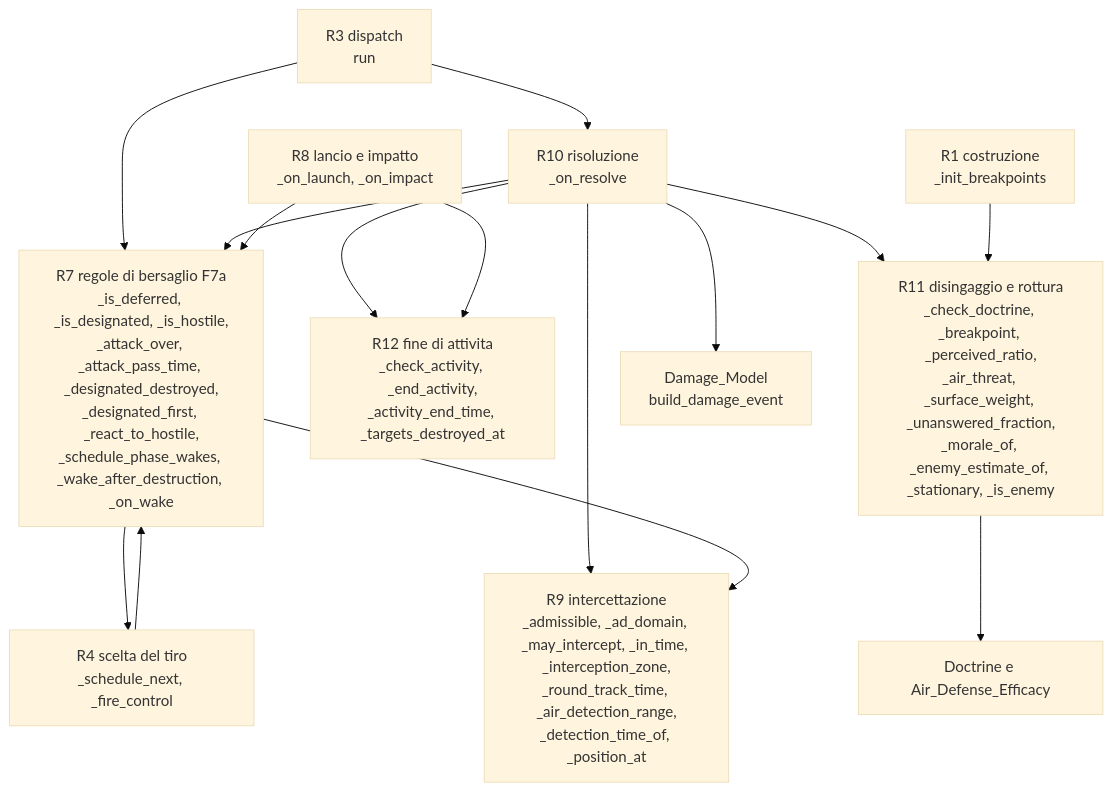
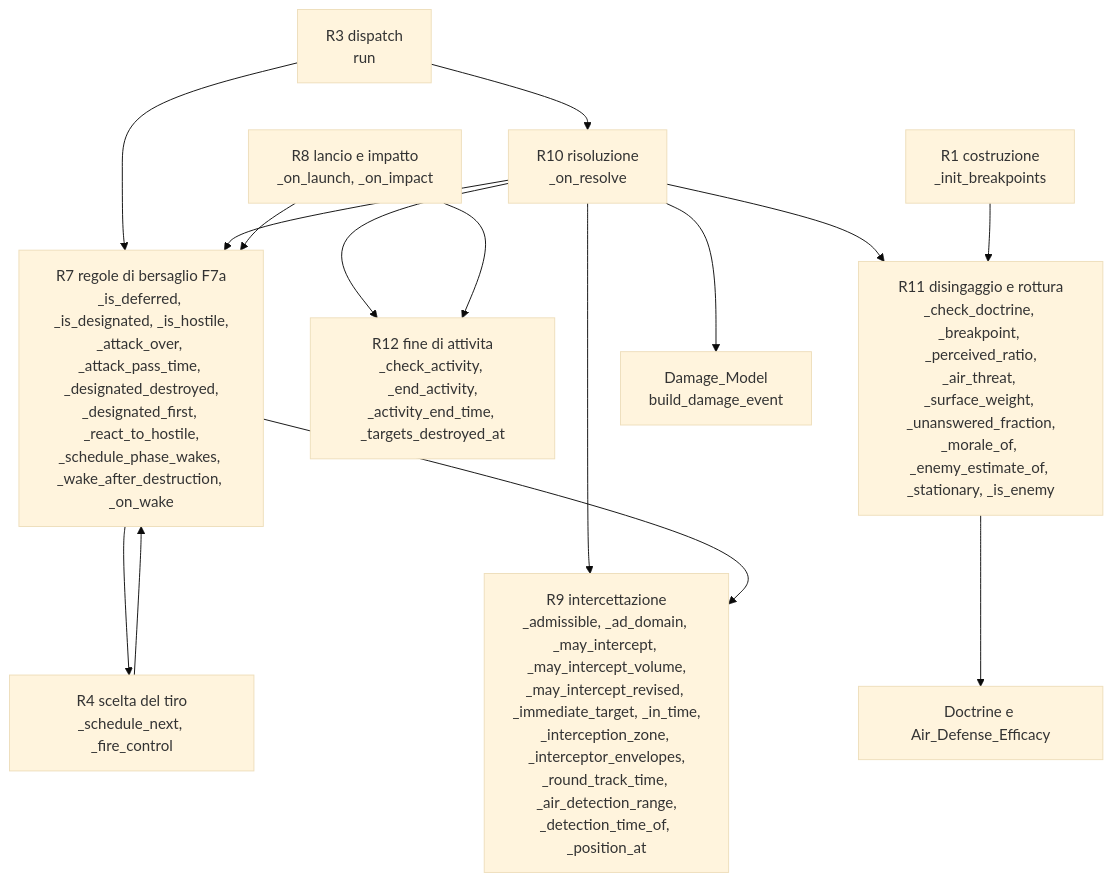
Before and after one commit to MakusIV/Warfare-Model: diagram 14 of 22 in Analysis/Document/Manuale_Motore_DES/11a_Atlante_Risolutore.md, drawn with Mermaid (base theme). The commit also changed other lines of this file and 11 other files, not shown here.

````diff
--- a/Analysis/Document/Manuale_Motore_DES/11a_Atlante_Risolutore.md
+++ b/Analysis/Document/Manuale_Motore_DES/11a_Atlante_Risolutore.md
@@ -892,29 +894,29 @@
 ```mermaid
 flowchart TD
     R3["R3 dispatch<br/>run"]
     R10["R10 risoluzione<br/>_on_resolve"]
-    R9["R9 intercettazione<br/>_admissible, _ad_domain, _may_intercept, _in_time, _interception_zone,<br/>_round_track_time, _air_detection_range,<br/>_detection_time_of, _position_at"]
+    R9["R9 intercettazione<br/>_admissible, _ad_domain, _may_intercept, _may_intercept_volume,<br/>_may_intercept_revised, _immediate_target, _in_time,<br/>_interception_zone, _interceptor_envelopes,<br/>_round_track_time, _air_detection_range,<br/>_detection_time_of, _position_at"]
     R11["R11 disingaggio e rottura<br/>_check_doctrine, _breakpoint, _perceived_ratio,<br/>_air_threat, _surface_weight, _unanswered_fraction,<br/>_morale_of, _enemy_estimate_of, _stationary, _is_enemy"]
     R12["R12 fine di attivita<br/>_check_activity, _end_activity,<br/>_activity_end_time, _targets_destroyed_at"]
     R7["R7 regole di bersaglio F7a<br/>_is_deferred, _is_designated, _is_hostile,<br/>_attack_over, _attack_pass_time, _designated_destroyed,<br/>_designated_first, _react_to_hostile,<br/>_schedule_phase_wakes, _wake_after_destruction, _on_wake"]
     R8["R8 lancio e impatto<br/>_on_launch, _on_impact"]
     R4["R4 scelta del tiro<br/>_schedule_next, _fire_control"]
     R1["R1 costruzione<br/>_init_breakpoints"]
     DM["Damage_Model<br/>build_damage_event"]
     DOC["Doctrine e Air_Defense_Efficacy"]
 
     R3 --> R10
     R3 --> R7
     R10 --> R9
     R10 --> R11
     R10 --> R12
     R10 --> R7
     R10 --> DM
     R11 --> DOC
     R8 --> R12
     R8 --> R7
     R4 --> R7
     R7 --> R4
     R7 --> R9
     R1 --> R11
 ```
````
